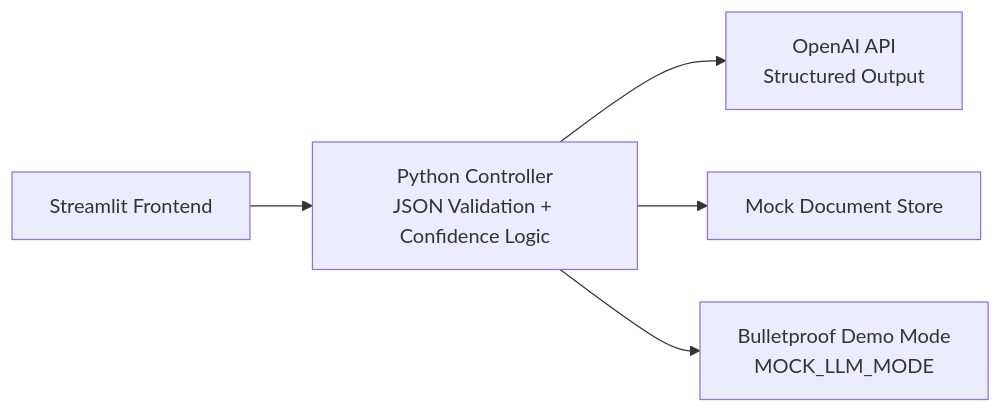
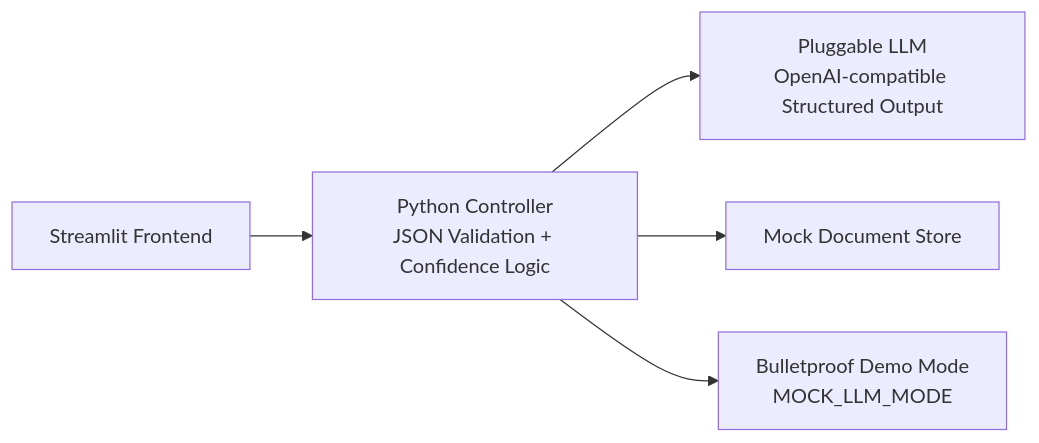
One commit to blueruins42/AI_Trust_Layer_prototype changed the diagram in README.md. Above: the diagram before and after it, drawn with Mermaid. The commit also changed other lines of this file and 15 other files, not shown here.

````diff
--- a/README.md
+++ b/README.md
@@ -55,7 +88,7 @@
 ```mermaid
 flowchart LR
     A[Streamlit Frontend] --> B[Python Controller<br/>JSON Validation + Confidence Logic]
-    B --> C[OpenAI API<br/>Structured Output]
+    B --> C[Pluggable LLM<br/>OpenAI-compatible Structured Output]
     B --> D[Mock Document Store]
     B --> E[Bulletproof Demo Mode<br/>MOCK_LLM_MODE]
 ```
````
